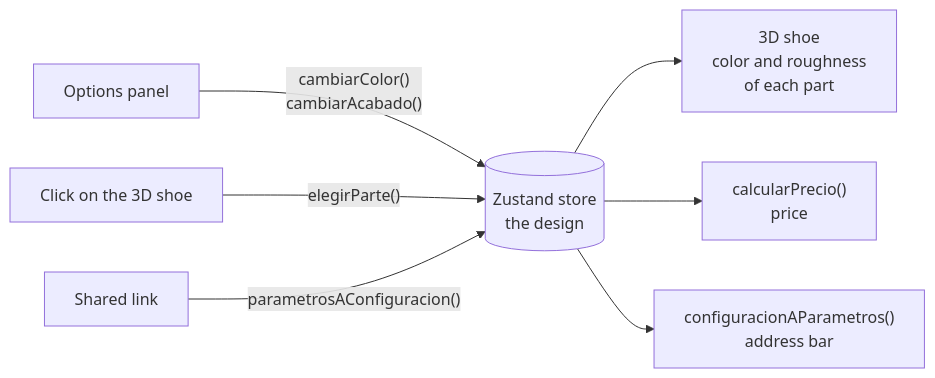
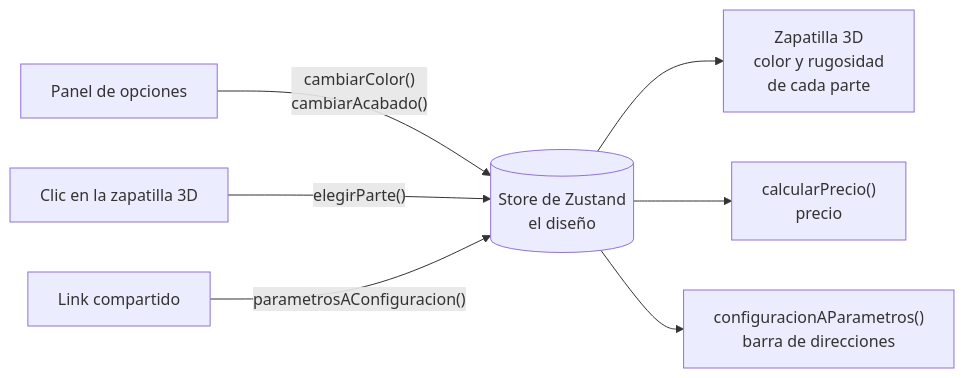
One commit to Vitomans/configurador-3d changed the diagram in README.md. Above: the diagram before and after it, drawn with Mermaid. The commit also changed other lines of this file, not shown here.

````diff
--- a/README.md
+++ b/README.md
@@ -39,9 +37,9 @@
 ```mermaid
 flowchart LR
-    panel["Options panel"] -->|"cambiarColor()<br/>cambiarAcabado()"| store[("Zustand store<br/>the design")]
-    shoe["Click on the 3D shoe"] -->|"elegirParte()"| store
-    store --> product["3D shoe<br/>color and roughness<br/>of each part"]
-    store --> price["calcularPrecio()<br/>price"]
-    store --> url["configuracionAParametros()<br/>address bar"]
-    link["Shared link"] -->|"parametrosAConfiguracion()"| store
+    panel["Panel de opciones"] -->|"cambiarColor()<br/>cambiarAcabado()"| store[("Store de Zustand<br/>el diseño")]
+    zapatilla["Clic en la zapatilla 3D"] -->|"elegirParte()"| store
+    store --> producto["Zapatilla 3D<br/>color y rugosidad<br/>de cada parte"]
+    store --> precio["calcularPrecio()<br/>precio"]
+    store --> url["configuracionAParametros()<br/>barra de direcciones"]
+    link["Link compartido"] -->|"parametrosAConfiguracion()"| store
 ```
````
